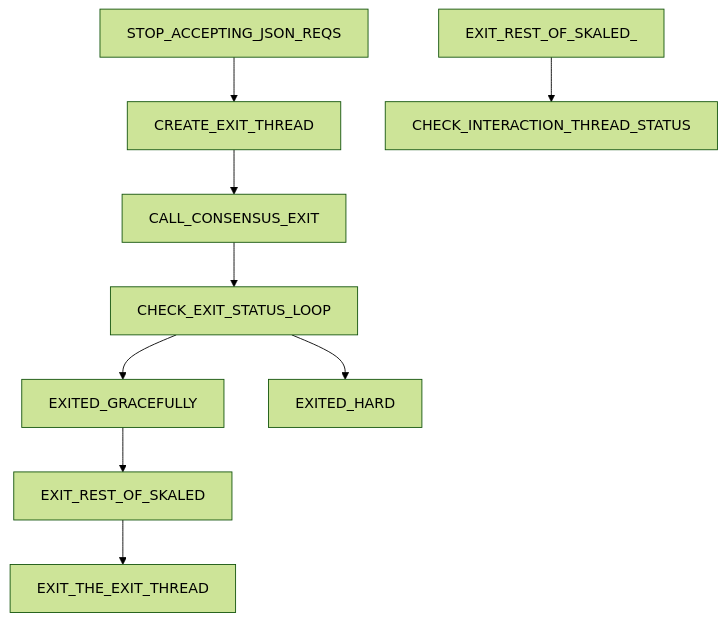
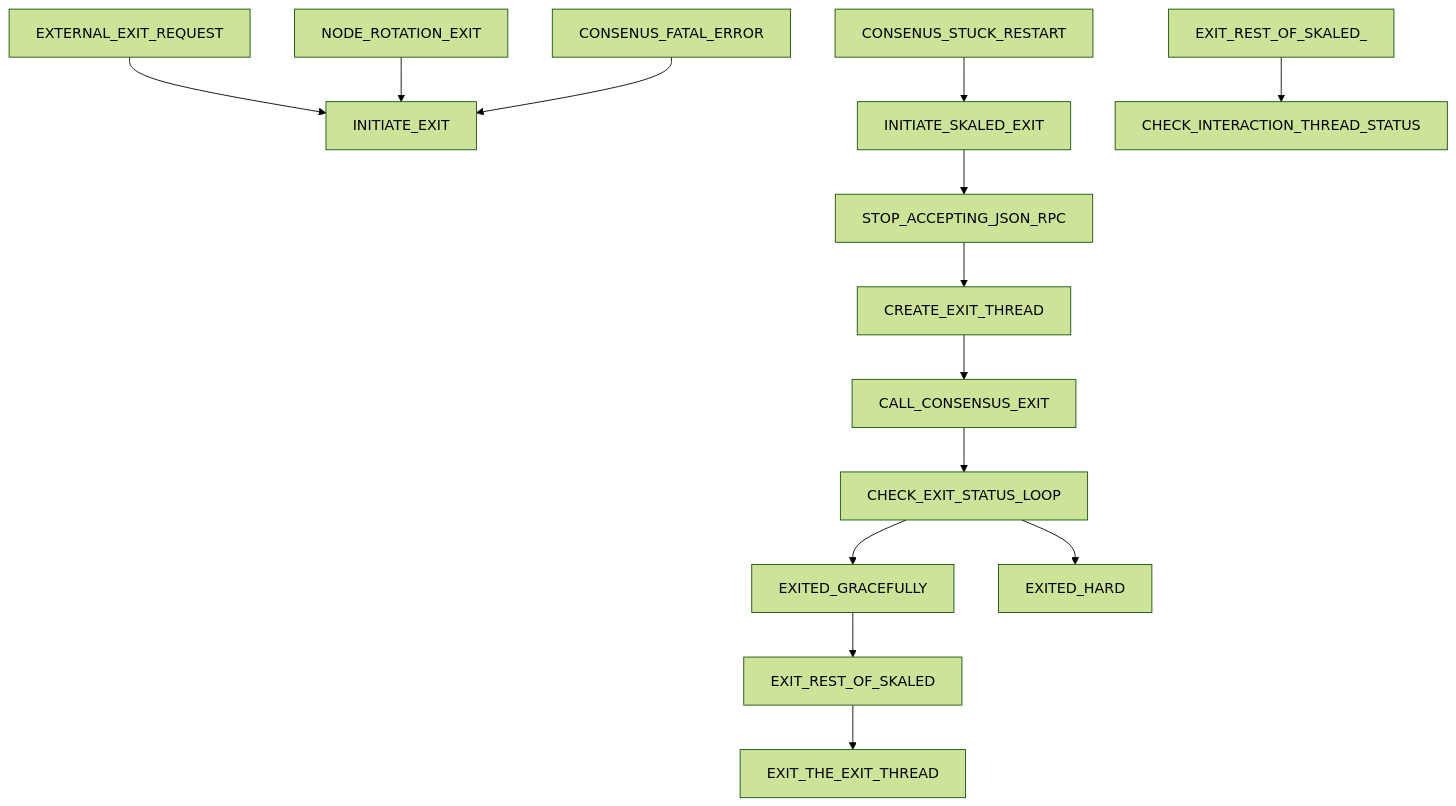
One commit to skalenetwork/skale-consensus changed the diagram in docs/exit.md. Above: the diagram before and after it, drawn with Mermaid (forest theme).

Commit message:
1425 threading rules

````diff
--- a/docs/exit.md
+++ b/docs/exit.md
@@ -16,12 +16,17 @@
 ```mermaid
 graph TD;
-    STOP_ACCEPTING_JSON_REQS-->CREATE_EXIT_THREAD;
+    EXTERNAL_EXIT_REQUEST-->INITIATE_EXIT
+    NODE_ROTATION_EXIT-->INITIATE_EXIT
+    CONSENUS_FATAL_ERROR-->INITIATE_EXIT
+    CONSENUS_STUCK_RESTART-->INITIATE_SKALED_EXIT
+    INITIATE_SKALED_EXIT-->STOP_ACCEPTING_JSON_RPC
+    STOP_ACCEPTING_JSON_RPC-->CREATE_EXIT_THREAD;
     CREATE_EXIT_THREAD-->CALL_CONSENSUS_EXIT;
     CALL_CONSENSUS_EXIT-->CHECK_EXIT_STATUS_LOOP;
     CHECK_EXIT_STATUS_LOOP-->EXITED_GRACEFULLY;
     EXITED_GRACEFULLY-->EXIT_REST_OF_SKALED;
     EXIT_REST_OF_SKALED-->EXIT_THE_EXIT_THREAD;
     CHECK_EXIT_STATUS_LOOP-->EXITED_HARD;
     EXIT_REST_OF_SKALED_-->CHECK_INTERACTION_THREAD_STATUS;
     CHECK_INTERACTION_THREAD_STATUS
 ```
````
